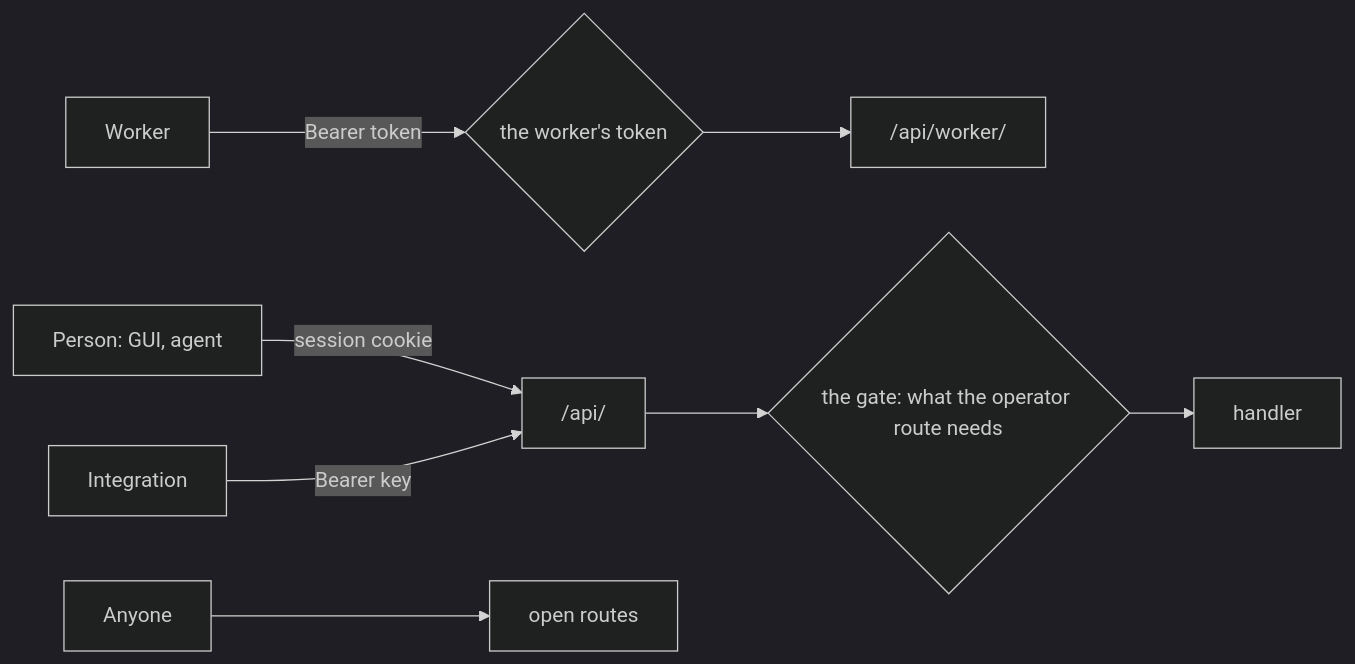
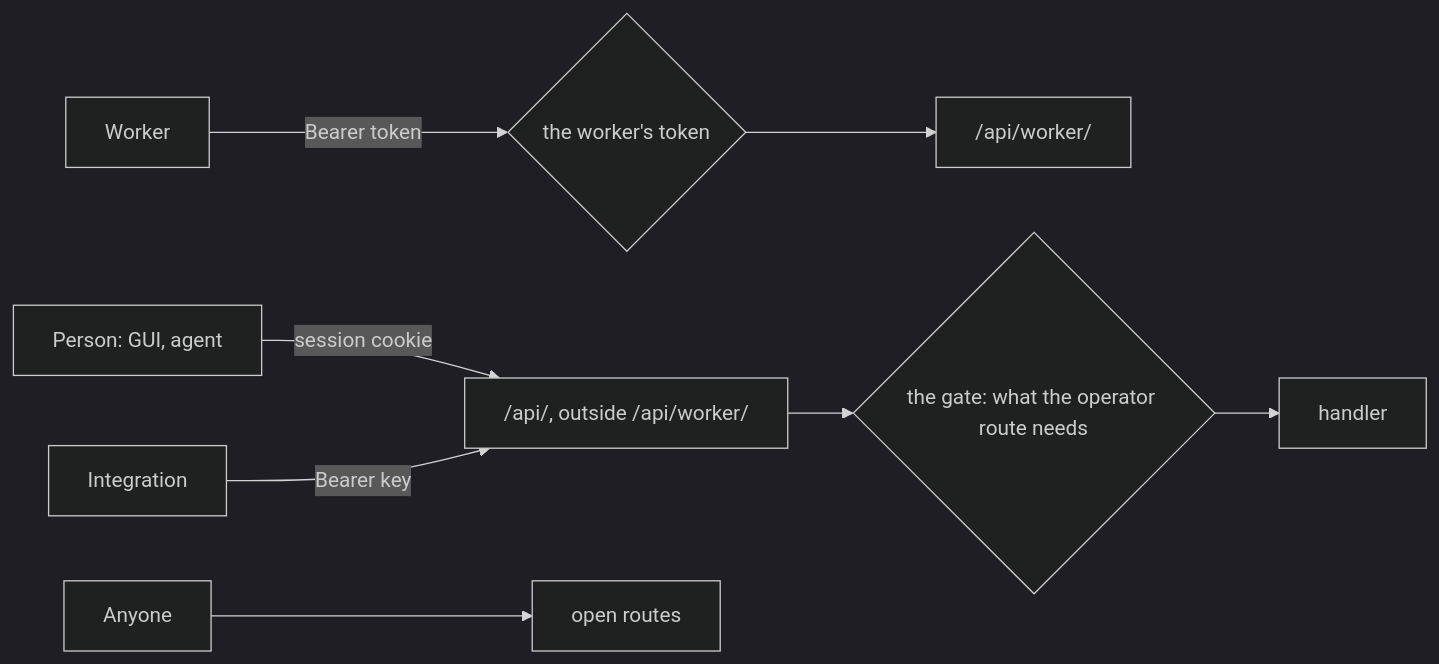
Before and after one commit to smeltr-sh/smeltr: the diagram in docs/architecture/api.md, drawn with Mermaid (dark theme). The commit also changed other lines of this file and 2 other files, not shown here.

First line of the commit message:
Docs: api.md as the wording review asked

````diff
--- a/docs/architecture/api.md
+++ b/docs/architecture/api.md
@@ -13,9 +13,9 @@
 ```mermaid
 flowchart LR
   worker[Worker] -- Bearer token --> wgate{the worker's token} --> w["/api/worker/"]
-  person[Person: GUI, agent] -- session cookie --> o["/api/"]
+  person[Person: GUI, agent] -- session cookie --> o["/api/, outside /api/worker/"]
   integration[Integration] -- Bearer key --> o
   anyone[Anyone] --> open["open routes"]
   o --> gate{the gate: what the operator route needs}
   gate --> handler[handler]
 ```
````
